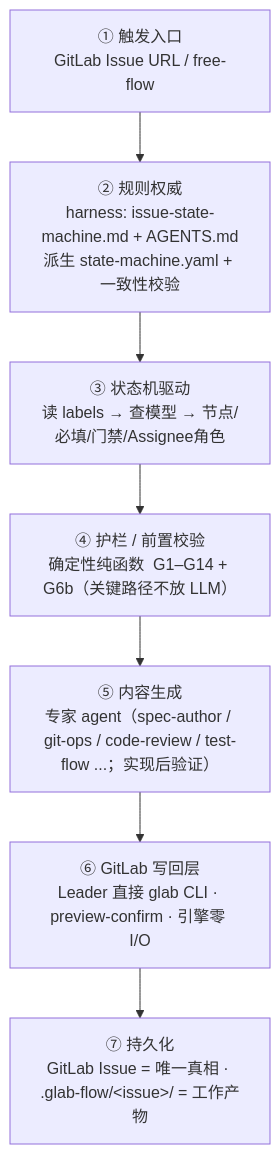
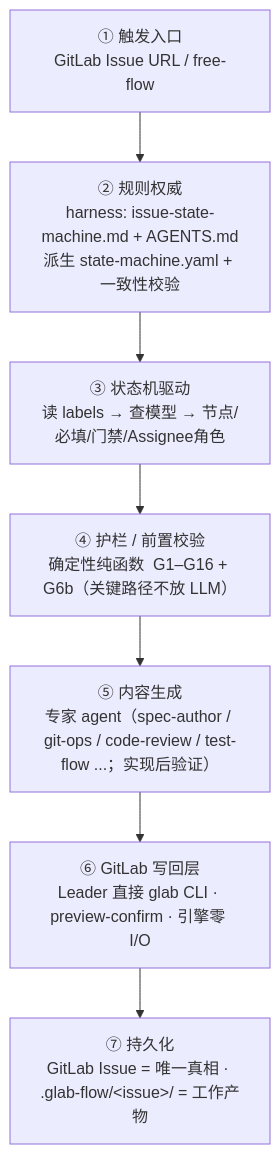
One commit to jinx911/glab-flow changed the third of 3 diagrams in docs/flow.md. Above: the diagram before and after it, drawn with Mermaid. The commit also changed other lines of this file and 14 other files, not shown here.

````diff
--- a/docs/flow.md
+++ b/docs/flow.md
@@ -74,10 +76,10 @@
 ```mermaid
 flowchart TD
     L1["① 触发入口<br/>GitLab Issue URL / free-flow"] --> L2
     L2["② 规则权威<br/>harness: issue-state-machine.md + AGENTS.md<br/>派生 state-machine.yaml + 一致性校验"] --> L3
     L3["③ 状态机驱动<br/>读 labels → 查模型 → 节点/必填/门禁/Assignee角色"] --> L4
-    L4["④ 护栏 / 前置校验<br/>确定性纯函数  G1–G14 + G6b（关键路径不放 LLM）"] --> L5
+    L4["④ 护栏 / 前置校验<br/>确定性纯函数  G1–G16 + G6b（关键路径不放 LLM）"] --> L5
     L5["⑤ 内容生成<br/>专家 agent（spec-author / git-ops / code-review / test-flow ...；实现后验证）"] --> L6
     L6["⑥ GitLab 写回层<br/>Leader 直接 glab CLI · preview-confirm · 引擎零 I/O"] --> L7
     L7["⑦ 持久化<br/>GitLab Issue = 唯一真相 · .glab-flow/&lt;issue&gt;/ = 工作产物"]
 ```
````
